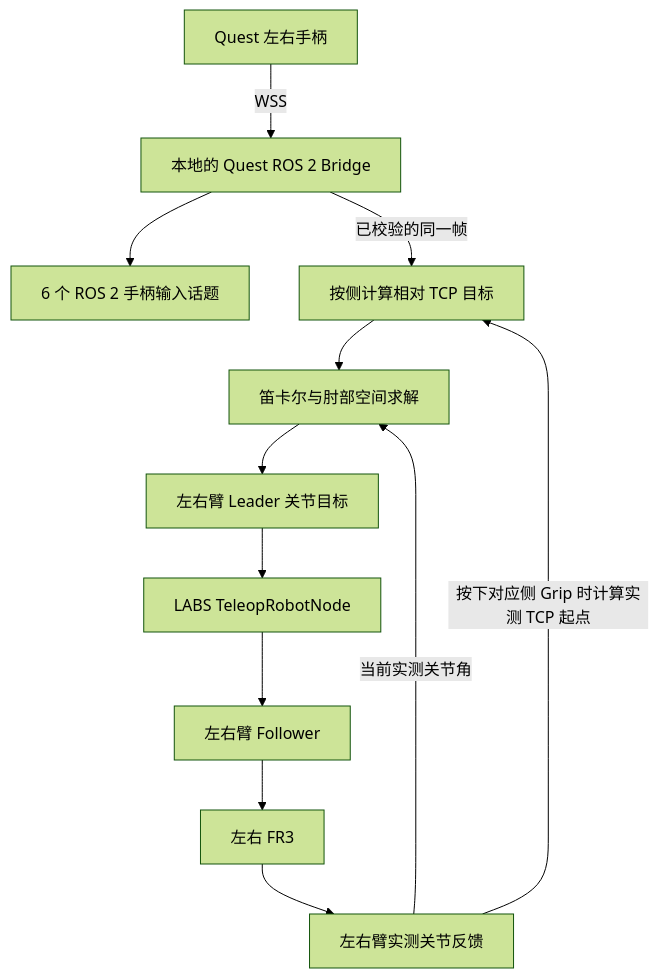
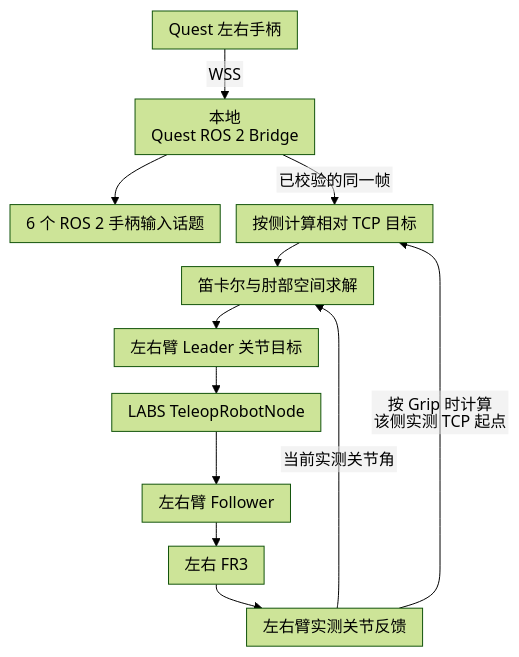
The first of 4 diagrams in 3、Topic.md (YYxzz8866/Quest-Proposal), drawn with Mermaid (forest theme) before and after one commit. The commit also changed other lines of this file and 9 other files, not shown here.

````diff
--- a/3、Topic.md
+++ b/3、Topic.md
@@ -9,21 +9,22 @@
 ```mermaid
+%%{init: {"htmlLabels": false, "flowchart": {"htmlLabels": false, "useMaxWidth": true, "nodeSpacing": 16, "rankSpacing": 24, "padding": 8}}}%%
 flowchart TD
     Quest["Quest 左右手柄"]
-    Bridge["本地的 Quest ROS 2 Bridge"]
+    Bridge["本地<br/>Quest ROS 2 Bridge"]
     Input["6 个 ROS 2 手柄输入话题"]
     Mapping["按侧计算相对 TCP 目标"]
     Solve["笛卡尔与肘部空间求解"]
     Leader["左右臂 Leader 关节目标"]
     Relay["LABS TeleopRobotNode"]
     Follower["左右臂 Follower"]
     Robot["左右 FR3"]
     Feedback["左右臂实测关节反馈"]
 
     Quest -->|WSS| Bridge
     Bridge --> Input
     Bridge -->|已校验的同一帧| Mapping
     Mapping --> Solve --> Leader --> Relay --> Follower --> Robot
     Robot --> Feedback
-    Feedback -->|按下对应侧 Grip 时计算实测 TCP 起点| Mapping
+    Feedback -->|"按 Grip 时计算<br/>该侧实测 TCP 起点"| Mapping
     Feedback -->|当前实测关节角| Solve
 ```
````
